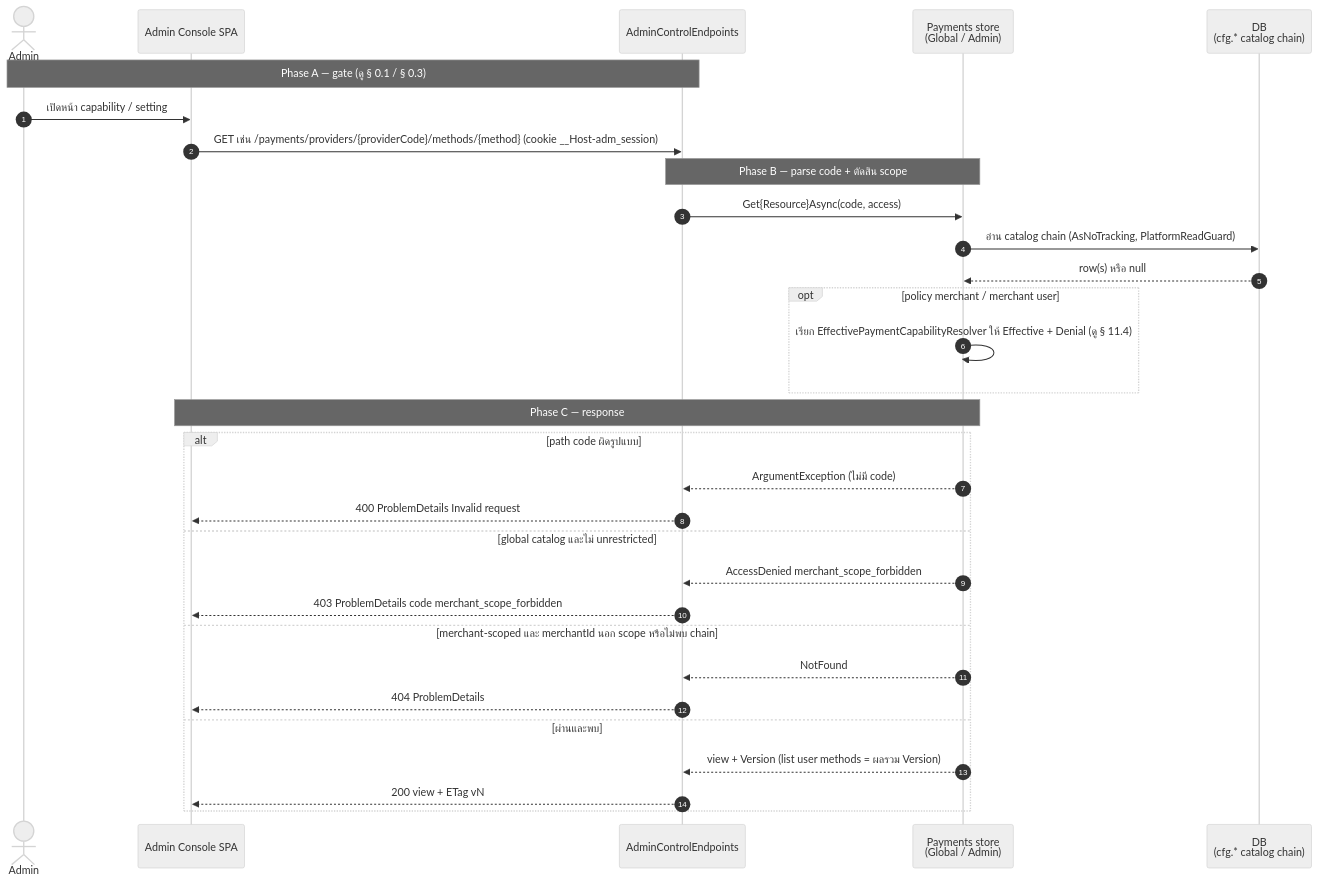
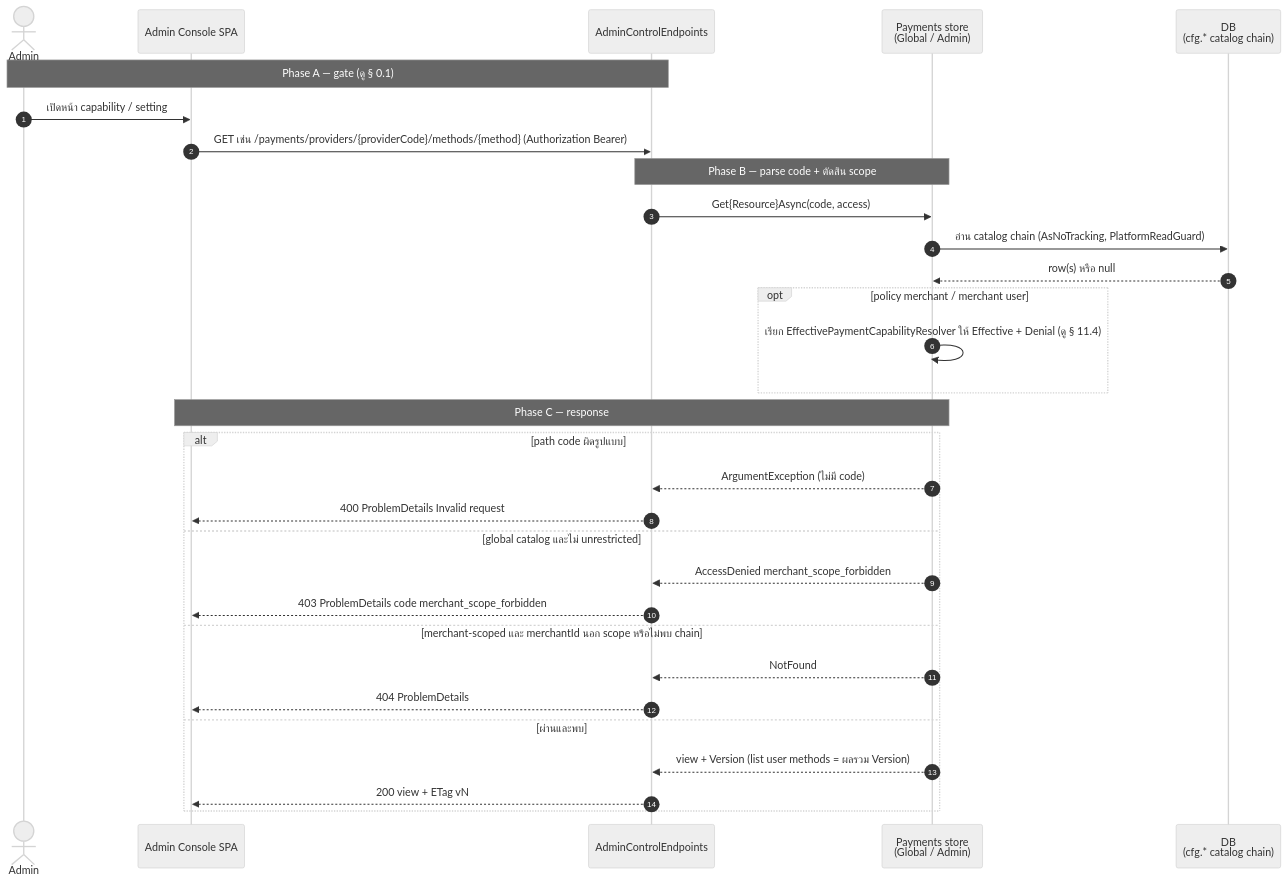
The first of 10 diagrams in outputs/diagrams/2026-09-14_api-endpoints_v1/11-payment-capability-config.sequences.md (metrodiesign/pol-core), drawn with Mermaid (neutral theme) before and after one commit. The commit also changed other lines of this file and 42 other files, not shown here.

First line of the commit message:
docs: align reference docs and the API diagram set with the Bearer-only admin plane

````diff
--- a/outputs/diagrams/2026-09-14_api-endpoints_v1/11-payment-capability-config.sequences.md
+++ b/outputs/diagrams/2026-09-14_api-endpoints_v1/11-payment-capability-config.sequences.md
@@ -26,34 +26,34 @@
 ```mermaid
 sequenceDiagram
     autonumber
     actor A as Admin
     participant C as Admin Console SPA
     participant API as AdminControlEndpoints
     participant ST as Payments store<br/>(Global / Admin)
     participant DB as DB<br/>(cfg.* catalog chain)
 
-    Note over A,API: Phase A — gate (ดู § 0.1 / § 0.3)
+    Note over A,API: Phase A — gate (ดู § 0.1)
     A->>C: เปิดหน้า capability / setting
-    C->>API: GET เช่น /payments/providers/{providerCode}/methods/{method} (cookie __Host-adm_session)
+    C->>API: GET เช่น /payments/providers/{providerCode}/methods/{method} (Authorization Bearer)
     Note over API,ST: Phase B — parse code + ตัดสิน scope
     API->>ST: Get{Resource}Async(code, access)
     ST->>DB: อ่าน catalog chain (AsNoTracking, PlatformReadGuard)
     DB-->>ST: row(s) หรือ null
     opt policy merchant / merchant user
         ST->>ST: เรียก EffectivePaymentCapabilityResolver ให้ Effective + Denial (ดู § 11.4)
     end
     Note over ST,C: Phase C — response
     alt path code ผิดรูปแบบ
         ST-->>API: ArgumentException (ไม่มี code)
         API-->>C: 400 ProblemDetails Invalid request
     else global catalog และไม่ unrestricted
         ST-->>API: AccessDenied merchant_scope_forbidden
         API-->>C: 403 ProblemDetails code merchant_scope_forbidden
     else merchant-scoped และ merchantId นอก scope หรือไม่พบ chain
         ST-->>API: NotFound
         API-->>C: 404 ProblemDetails
     else ผ่านและพบ
         ST-->>API: view + Version (list user methods = ผลรวม Version)
         API-->>C: 200 view + ETag vN
     end
 ```
````
